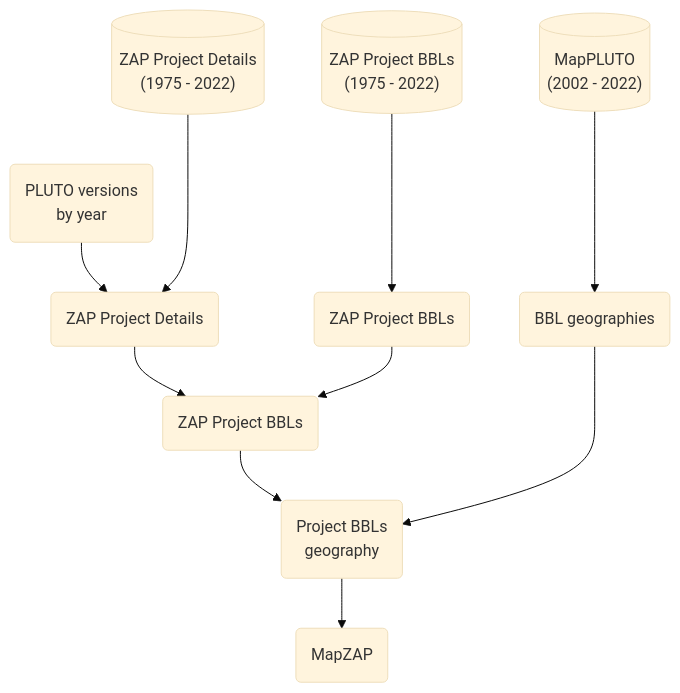
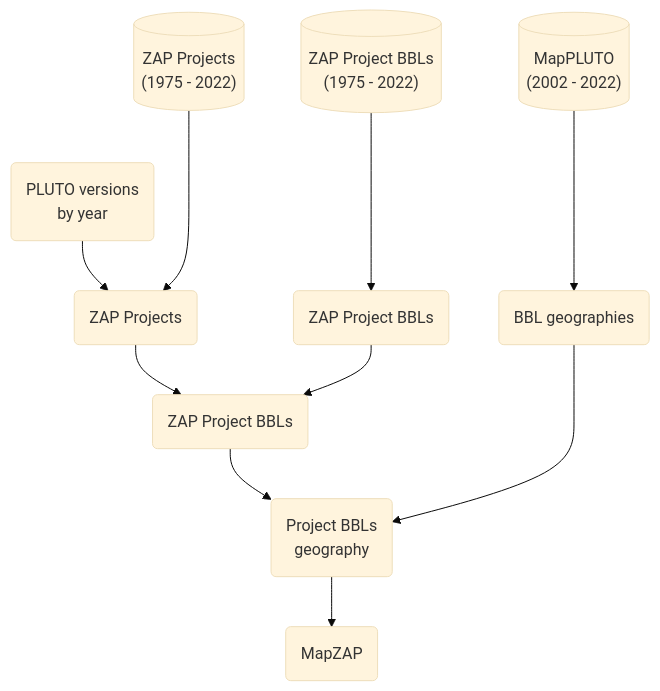
The diagram in README.md (NYCPlanning/db-zap-opendata), drawn with Mermaid (base theme) before and after one commit. The commit also changed other lines of this file and 6 other files, not shown here.

````diff
--- a/README.md
+++ b/README.md
@@ -37,36 +37,36 @@
 ```mermaid
 %%{ init: { 'flowchart': { 'curve': 'curveMonotoneY' } } }%%
 flowchart TB
-%% source data
-src_projects[("ZAP Project Details\n(1975 - 2022)")]
+%% souce data
+src_projects[("ZAP Projects\n(1975 - 2022)")]
 src_project_bbls[("ZAP Project BBLs\n(1975 - 2022)")]
 src_pluto_years(PLUTO versions\nby year)
 src_MapPLUTO[("MapPLUTO\n(2002 - 2022)")]
 
 %% intermediate data
-projects_pluto("ZAP Project Details")
+projects_pluto("ZAP Projects")
 project_bbls("ZAP Project BBLs")
 project_info_bbls("ZAP Project BBLs")
 pluto_geo("BBL geographies")
 project_bbl_geo("Project BBLs\ngeography")
 
 %% final data
 project_geo("MapZAP")
 
 %% 
 src_pluto_years --> projects_pluto
 src_projects ---> projects_pluto
 
 src_project_bbls ---> project_bbls
 
 src_MapPLUTO ---> pluto_geo
 
 %% 
 projects_pluto --> project_info_bbls
 project_bbls --> project_info_bbls
 project_info_bbls --> project_bbl_geo
 pluto_geo ---> project_bbl_geo
 
 %% 
 project_bbl_geo --> project_geo
 ```
````
